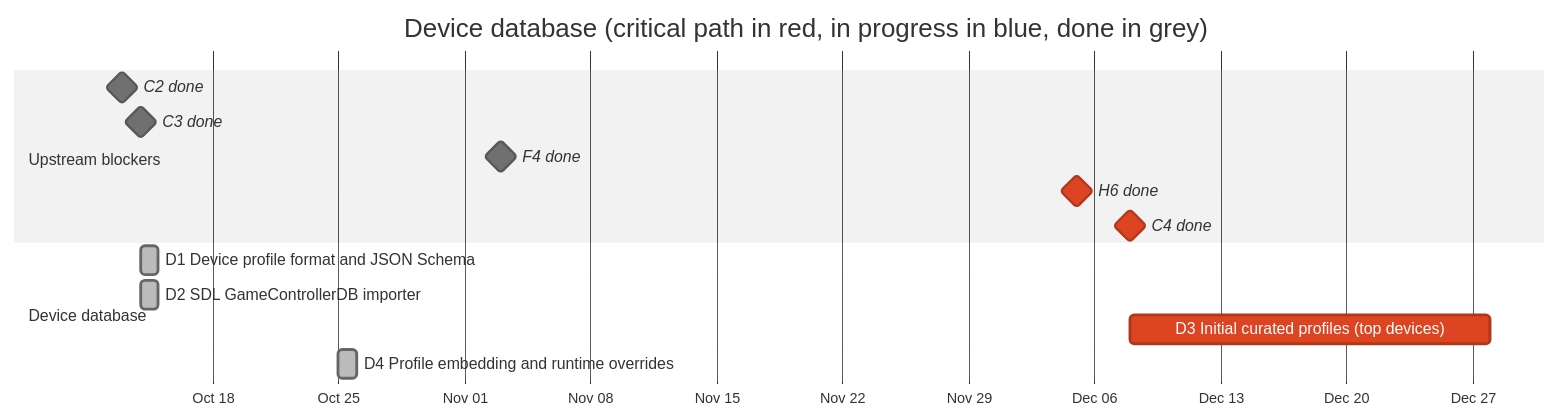
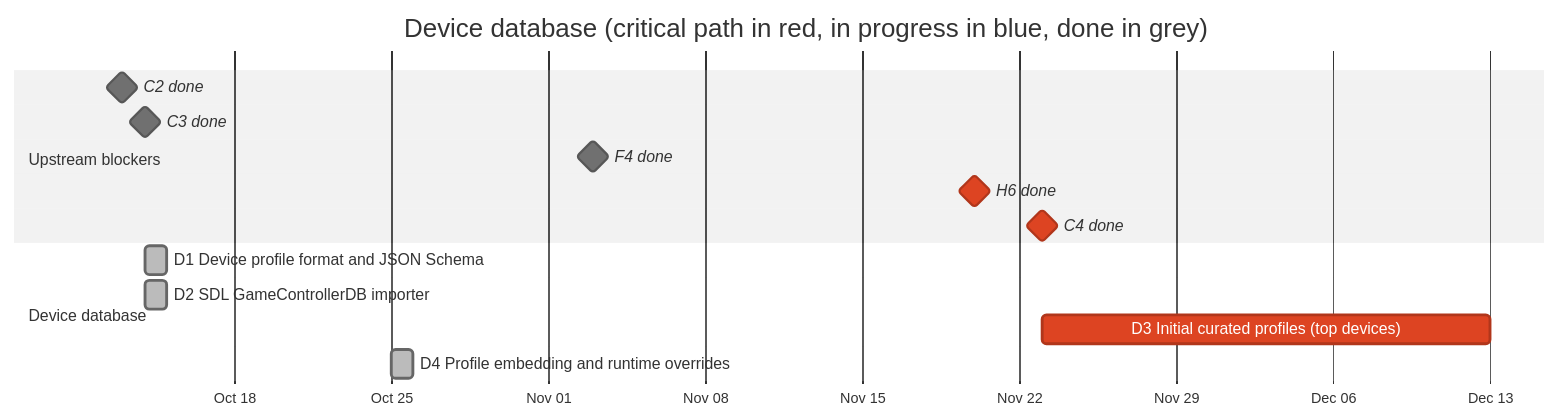
One commit to anygamepad/anygamepad.github.io changed the diagram in ROADMAP/2026-10-31/02-device-database.md. Above: the diagram before and after it, drawn with Mermaid (neutral theme). The commit also changed other lines of this file and 26 other files, not shown here.

````diff
--- a/ROADMAP/2026-10-31/02-device-database.md
+++ b/ROADMAP/2026-10-31/02-device-database.md
@@ -9,17 +9,17 @@
 ```mermaid
 gantt
     dateFormat YYYY-MM-DD
     axisFormat %b %d
     title Device database (critical path in red, in progress in blue, done in grey)
     section Upstream blockers
     C2 done :milestone, c2, 2026-10-13, 0d
     C3 done :milestone, c3, 2026-10-14, 0d
     F4 done :milestone, f4, 2026-11-03, 0d
-    H6 done :milestone, crit, h6, 2026-12-05, 0d
-    C4 done :milestone, crit, c4, 2026-12-08, 0d
+    H6 done :milestone, crit, h6, 2026-11-20, 0d
+    C4 done :milestone, crit, c4, 2026-11-23, 0d
     section Device database
     D1 Device profile format and JSON Schema :done, d1, 2026-10-14, 1d
     D2 SDL GameControllerDB importer :done, d2, 2026-10-14, 1d
     D3 Initial curated profiles (top devices) :crit, d3, after d1 c4 f4 h6, 20d
     D4 Profile embedding and runtime overrides :done, d4, 2026-10-25, 1d
 ```
````
